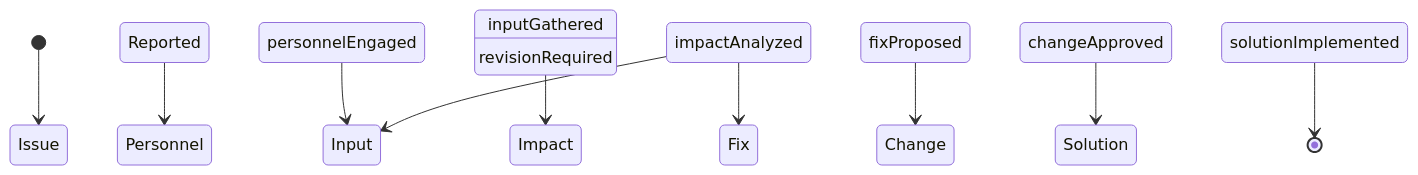
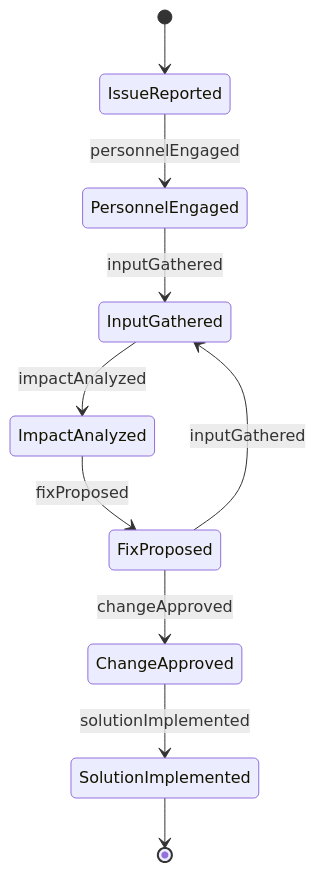
One commit to dot-org-ai/tasks.org.ai changed the second of 4 diagrams in CommunicatingWithSupervisorsPeersOrSubordinates/CoordinateWithOthersToResolveProblems/ConferPersonnelResolveDesignOperational.mdx. Above: the diagram before and after it, drawn with Mermaid. The commit also changed other lines of this file and 515 other files, not shown here.

````diff
--- a/CommunicatingWithSupervisorsPeersOrSubordinates/CoordinateWithOthersToResolveProblems/ConferPersonnelResolveDesignOperational.mdx
+++ b/CommunicatingWithSupervisorsPeersOrSubordinates/CoordinateWithOthersToResolveProblems/ConferPersonnelResolveDesignOperational.mdx
@@ -99,12 +99,12 @@
 ```mermaid
 stateDiagram-v2
-    [*] --> Issue Reported
-    Issue Reported --> Personnel Engaged : personnelEngaged
-    Personnel Engaged --> Input Gathered : inputGathered
-    Input Gathered --> Impact Analyzed : impactAnalyzed
-    Impact Analyzed --> Fix Proposed : fixProposed
-    Fix Proposed --> Change Approved : changeApproved
-    Change Approved --> Solution Implemented : solutionImplemented
-    Impact Analyzed --> Input Gathered : revisionRequired
-    Solution Implemented --> [*]
+    [*] --> IssueReported
+    IssueReported --> PersonnelEngaged : personnelEngaged
+    PersonnelEngaged --> InputGathered : inputGathered
+    InputGathered --> ImpactAnalyzed : impactAnalyzed
+    ImpactAnalyzed --> FixProposed : fixProposed
+    FixProposed --> ChangeApproved : changeApproved
+    ChangeApproved --> SolutionImplemented : solutionImplemented
+    FixProposed --> InputGathered : inputGathered
+    SolutionImplemented --> [*]
 ```
````
